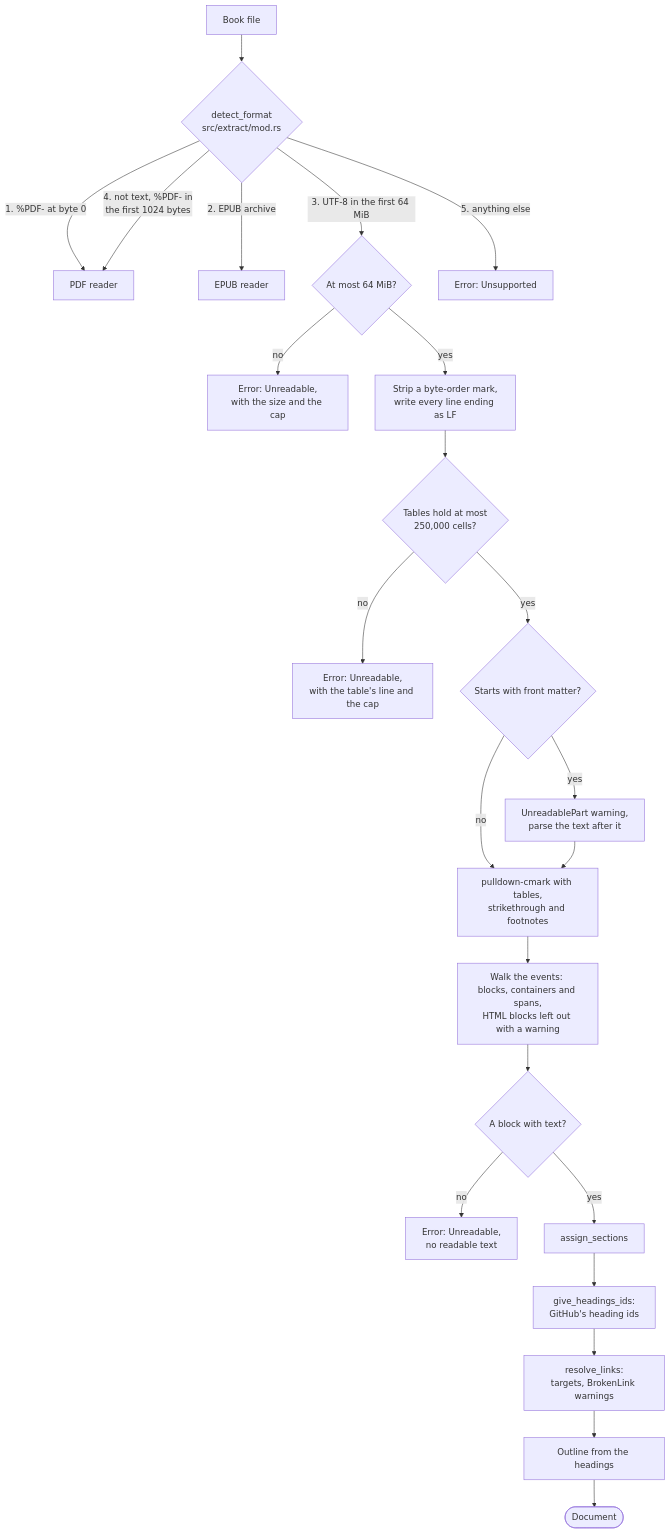
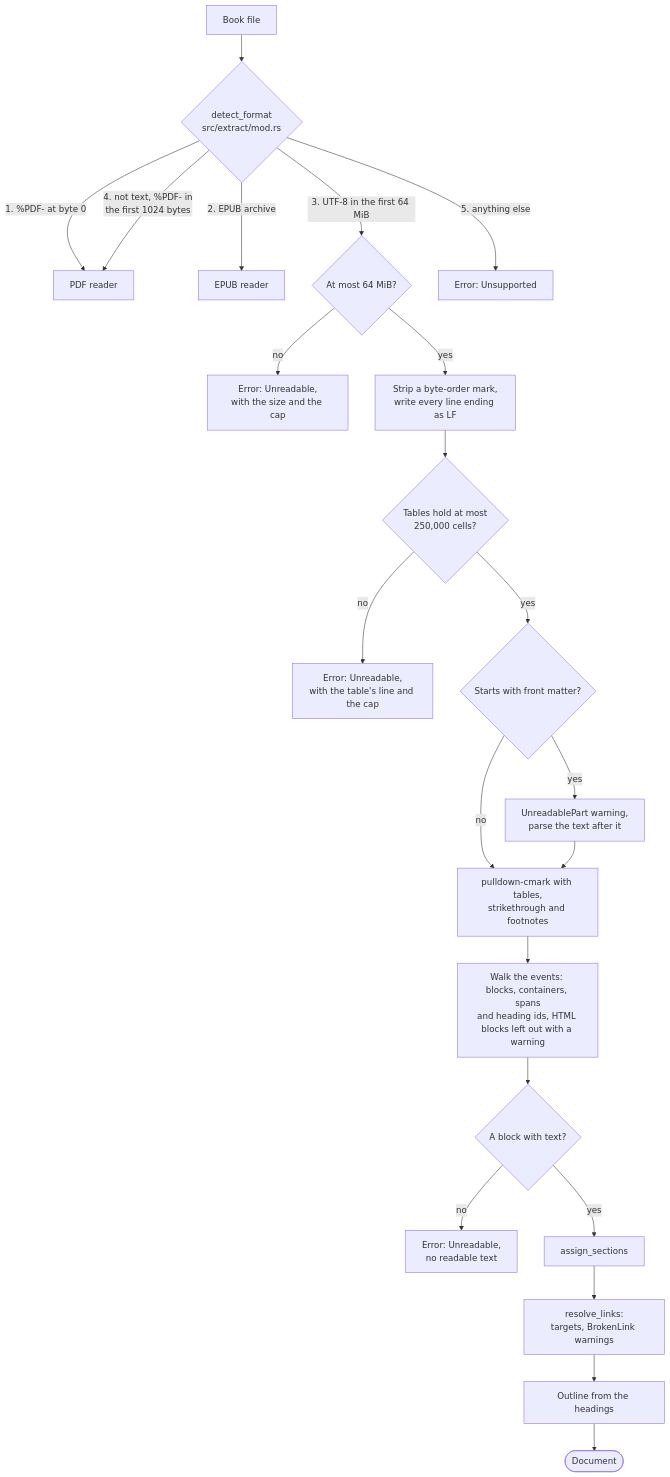
The diagram in docs/markdown-reading.md (AhmedKishki/ebook-hero), drawn with Mermaid before and after one commit. The commit also changed other lines of this file and 3 other files, not shown here.

First line of the commit message:
Take Markdown heading ids from the text as written, and fix span bounds at characters NFC replaces

````diff
--- a/docs/markdown-reading.md
+++ b/docs/markdown-reading.md
@@ -7,25 +7,24 @@
 ```mermaid
 flowchart TD
     file["Book file"] --> detect{"detect_format<br/>src/extract/mod.rs"}
     detect -->|"1. %PDF- at byte 0"| pdf["PDF reader"]
     detect -->|"2. EPUB archive"| epub["EPUB reader"]
     detect -->|"3. UTF-8 in the first 64 MiB"| size{"At most 64 MiB?"}
     detect -->|"4. not text, %PDF- in<br/>the first 1024 bytes"| pdf
     detect -->|"5. anything else"| unsupported["Error: Unsupported"]
     size -->|no| big["Error: Unreadable,<br/>with the size and the cap"]
     size -->|yes| prepare["Strip a byte-order mark,<br/>write every line ending as LF"]
     prepare --> cells{"Tables hold at most<br/>250,000 cells?"}
     cells -->|no| many["Error: Unreadable,<br/>with the table's line and the cap"]
     cells -->|yes| front{"Starts with front matter?"}
     front -->|yes| warn["UnreadablePart warning,<br/>parse the text after it"]
     front -->|no| parse["pulldown-cmark with tables,<br/>strikethrough and footnotes"]
     warn --> parse
-    parse --> walk["Walk the events: blocks, containers and spans,<br/>HTML blocks left out with a warning"]
+    parse --> walk["Walk the events: blocks, containers, spans<br/>and heading ids, HTML blocks left out with a warning"]
     walk --> any{"A block with text?"}
     any -->|no| err["Error: Unreadable,<br/>no readable text"]
     any -->|yes| sections["assign_sections"]
-    sections --> ids["give_headings_ids:<br/>GitHub's heading ids"]
-    ids --> links["resolve_links:<br/>targets, BrokenLink warnings"]
+    sections --> links["resolve_links:<br/>targets, BrokenLink warnings"]
     links --> outline["Outline from the headings"]
     outline --> doc(["Document"])
 ```
````
